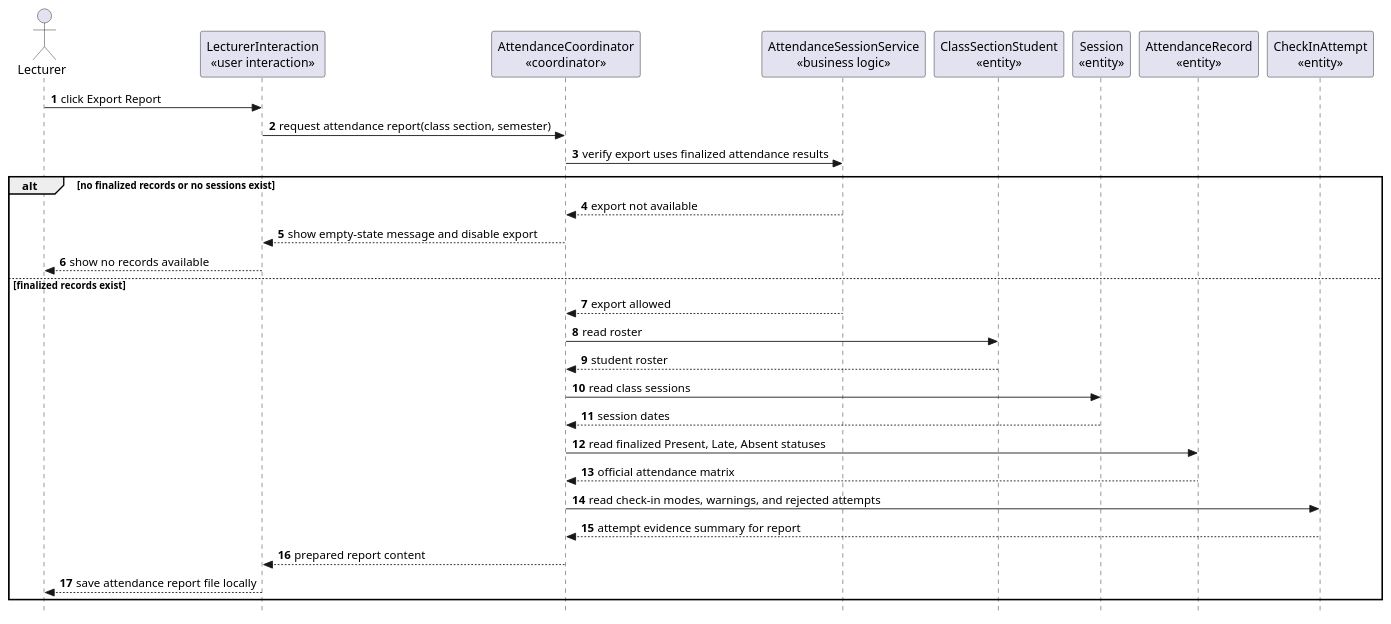
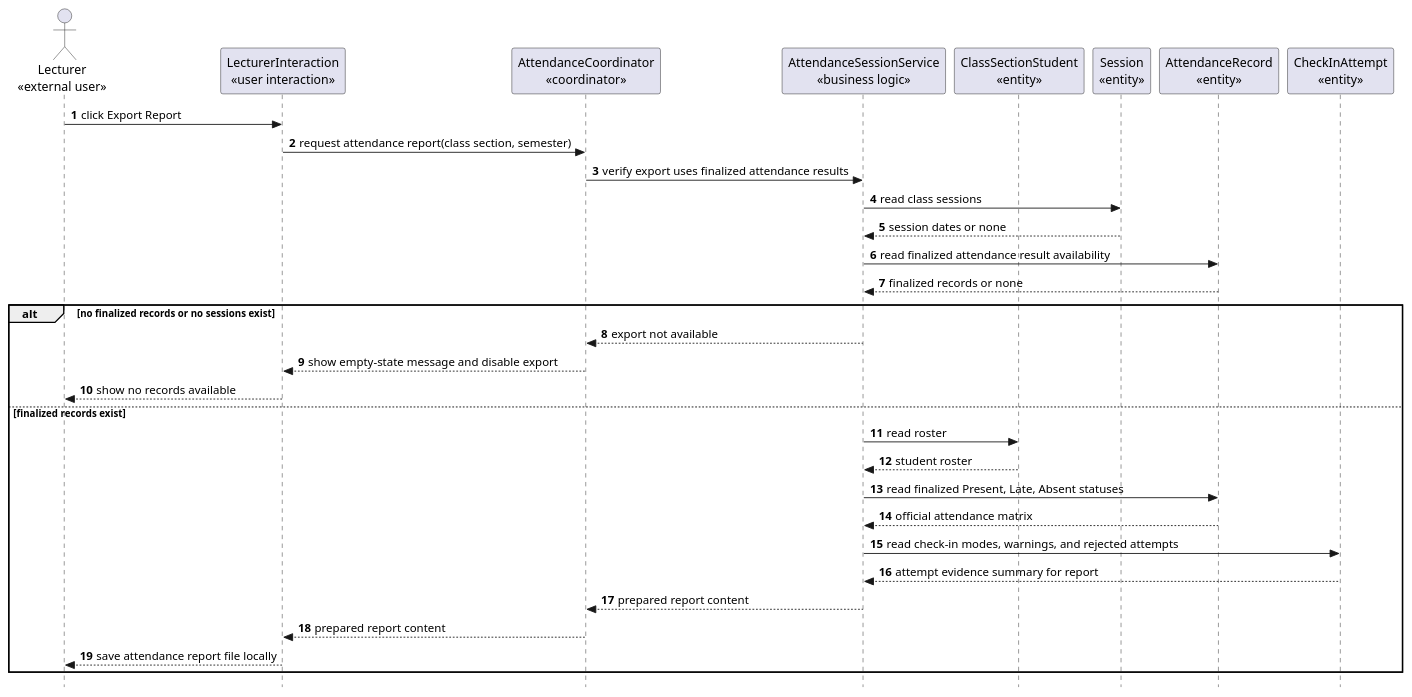
One commit to nttung42/SWD392 changed diagram 21 of 29 in docs/sds/2_Analysis.md. Above: the diagram before and after it, drawn with PlantUML. The commit also changed other lines of this file and 1 other file, not shown here.

````diff
--- a/docs/sds/2_Analysis.md
+++ b/docs/sds/2_Analysis.md
@@ -1061,36 +1111,38 @@
 ```plantuml
 @startuml
 skinparam style strictuml
 autonumber
-actor "Lecturer" as Lecturer
+actor "Lecturer\n«external user»" as Lecturer
 participant "LecturerInteraction\n«user interaction»" as LecturerUI
 participant "AttendanceCoordinator\n«coordinator»" as ReportControl
 participant "AttendanceSessionService\n«business logic»" as ReportRules
 participant "ClassSectionStudent\n«entity»" as ClassSectionStudent
 participant "Session\n«entity»" as Session
 participant "AttendanceRecord\n«entity»" as AttendanceRecord
 participant "CheckInAttempt\n«entity»" as CheckInAttempt
 
 Lecturer -> LecturerUI : click Export Report
 LecturerUI -> ReportControl : request attendance report(class section, semester)
 ReportControl -> ReportRules : verify export uses finalized attendance results
+ReportRules -> Session : read class sessions
+Session --> ReportRules : session dates or none
+ReportRules -> AttendanceRecord : read finalized attendance result availability
+AttendanceRecord --> ReportRules : finalized records or none
 
 alt no finalized records or no sessions exist
   ReportRules --> ReportControl : export not available
   ReportControl --> LecturerUI : show empty-state message and disable export
   LecturerUI --> Lecturer : show no records available
 else finalized records exist
-  ReportRules --> ReportControl : export allowed
-  ReportControl -> ClassSectionStudent : read roster
-  ClassSectionStudent --> ReportControl : student roster
-  ReportControl -> Session : read class sessions
-  Session --> ReportControl : session dates
-  ReportControl -> AttendanceRecord : read finalized Present, Late, Absent statuses
-  AttendanceRecord --> ReportControl : official attendance matrix
-  ReportControl -> CheckInAttempt : read check-in modes, warnings, and rejected attempts
-  CheckInAttempt --> ReportControl : attempt evidence summary for report
+  ReportRules -> ClassSectionStudent : read roster
+  ClassSectionStudent --> ReportRules : student roster
+  ReportRules -> AttendanceRecord : read finalized Present, Late, Absent statuses
+  AttendanceRecord --> ReportRules : official attendance matrix
+  ReportRules -> CheckInAttempt : read check-in modes, warnings, and rejected attempts
+  CheckInAttempt --> ReportRules : attempt evidence summary for report
+  ReportRules --> ReportControl : prepared report content
   ReportControl --> LecturerUI : prepared report content
   LecturerUI --> Lecturer : save attendance report file locally
 end
 @enduml
 ```
````
